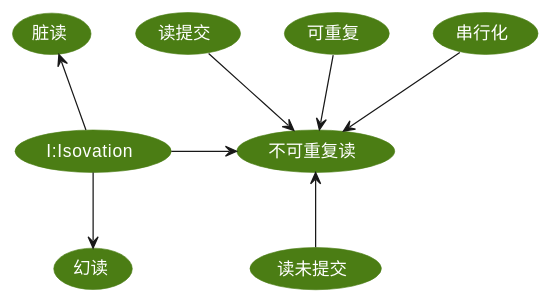
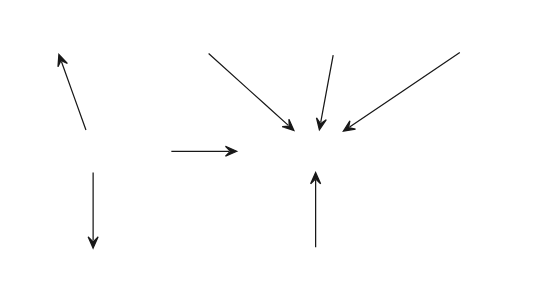
Before and after one commit to JianXiLin/MyNote: the diagram in Database/mysql/极客笔记.md, drawn with PlantUML. The commit also changed 141 other files, not shown here.

````diff
--- a/Database/mysql/极客笔记.md
+++ b/Database/mysql/极客笔记.md
@@ -2,29 +2,29 @@
 ```puml
 @startuml
 
 skinparam usecase {
-    BackgroundColor #4b7d14
-    BorderColor #4b7d14
-    FontColor #fff
+    BackgroundColor [[4b7d14]]
+    BorderColor [[4b7d14]]
+    FontColor [[fff]]
 
     BackgroundColor<< Main >> YellowGreen
     BorderColor<< Main >> YellowGreen
 }
 
 (I:Isovation) as (I)
 (I)-up->(脏读)
 (I)-right->(不可重复读)
 (I)-->(幻读)
 
 (读未提交) as (au)
 (读提交) as (rc)
 (可重复) as (rr)
 (串行化) as (s)
 
 (au) -up->  (不可重复读)
 (rr) -->  (不可重复读)
 (rc) -->  (不可重复读)
 (s) -->  (不可重复读)
 
 @enduml
 ```
````
